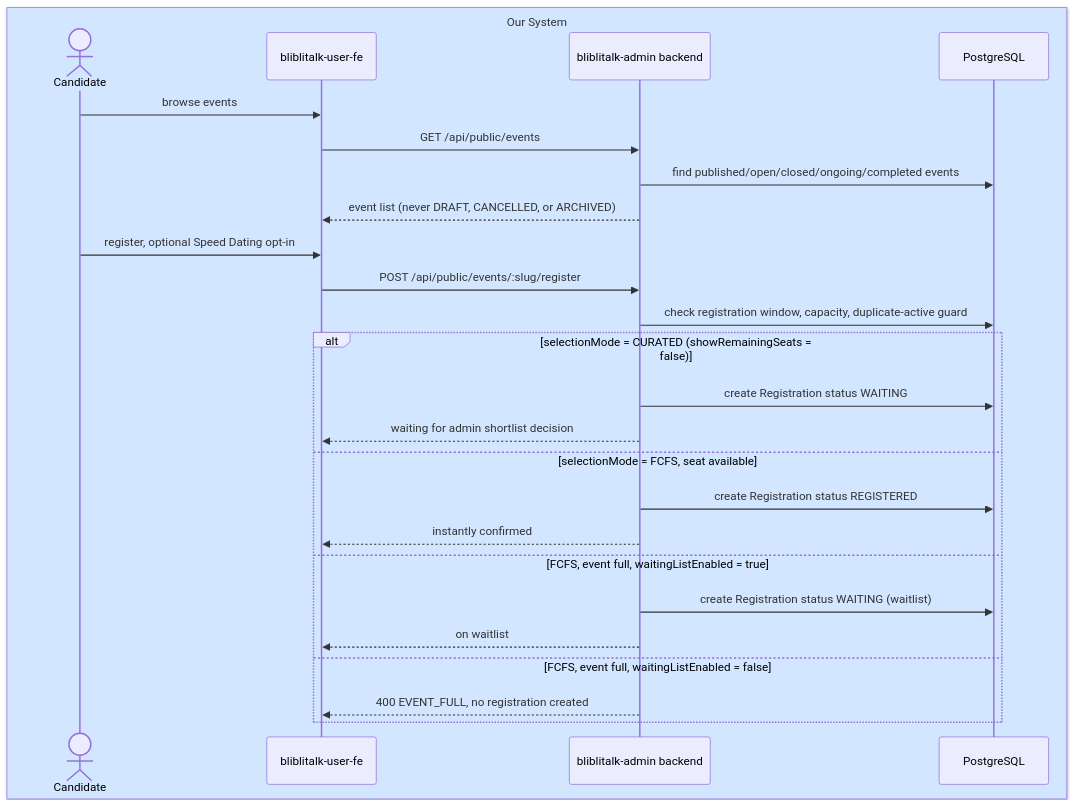
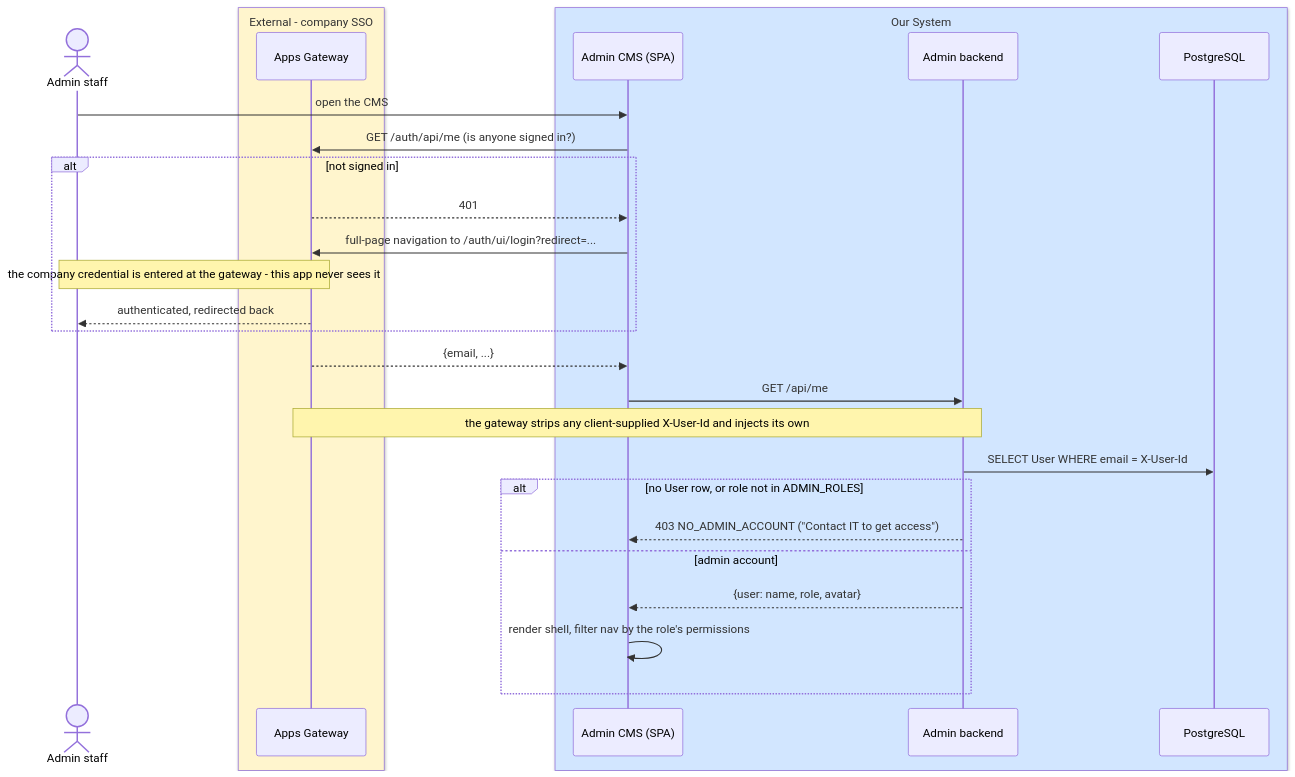
Before and after one commit to gdncomm-david-dk/bliblitalk-admin-panel: the fourth of 12 diagrams in docs/DESIGN.md, drawn with Mermaid. The commit also changed other lines of this file, not shown here.

````diff
--- a/docs/DESIGN.md
+++ b/docs/DESIGN.md
@@ -292,30 +342,34 @@
 ```mermaid
 sequenceDiagram
+    actor Staff as Admin staff
+    box rgb(255,245,205) External - company SSO
+      participant GW as Apps Gateway
+    end
     box rgb(210,230,255) Our System
-      actor Candidate
-      participant Portal as bliblitalk-user-fe
-      participant API as bliblitalk-admin backend
+      participant FE as Admin CMS (SPA)
+      participant API as Admin backend
       participant DB as PostgreSQL
     end
 
-    Candidate->>Portal: browse events
-    Portal->>API: GET /api/public/events
-    API->>DB: find published/open/closed/ongoing/completed events
-    API-->>Portal: event list (never DRAFT, CANCELLED, or ARCHIVED)
-    Candidate->>Portal: register, optional Speed Dating opt-in
-    Portal->>API: POST /api/public/events/:slug/register
-    API->>DB: check registration window, capacity, duplicate-active guard
+    Staff->>FE: open the CMS
+    FE->>GW: GET /auth/api/me (is anyone signed in?)
 
-    alt selectionMode = CURATED (showRemainingSeats = false)
-      API->>DB: create Registration status WAITING
-      API-->>Portal: waiting for admin shortlist decision
-    else selectionMode = FCFS, seat available
-      API->>DB: create Registration status REGISTERED
-      API-->>Portal: instantly confirmed
-    else FCFS, event full, waitingListEnabled = true
-      API->>DB: create Registration status WAITING (waitlist)
-      API-->>Portal: on waitlist
-    else FCFS, event full, waitingListEnabled = false
-      API-->>Portal: 400 EVENT_FULL, no registration created
+    alt not signed in
+      GW-->>FE: 401
+      FE->>GW: full-page navigation to /auth/ui/login?redirect=...
+      Note over Staff,GW: the company credential is entered at the gateway - this app never sees it
+      GW-->>Staff: authenticated, redirected back
+    end
+
+    GW-->>FE: {email, ...}
+    FE->>API: GET /api/me
+    Note over GW,API: the gateway strips any client-supplied X-User-Id and injects its own
+    API->>DB: SELECT User WHERE email = X-User-Id
+
+    alt no User row, or role not in ADMIN_ROLES
+      API-->>FE: 403 NO_ADMIN_ACCOUNT ("Contact IT to get access")
+    else admin account
+      API-->>FE: {user: name, role, avatar}
+      FE->>FE: render shell, filter nav by the role's permissions
     end
 ```
````
